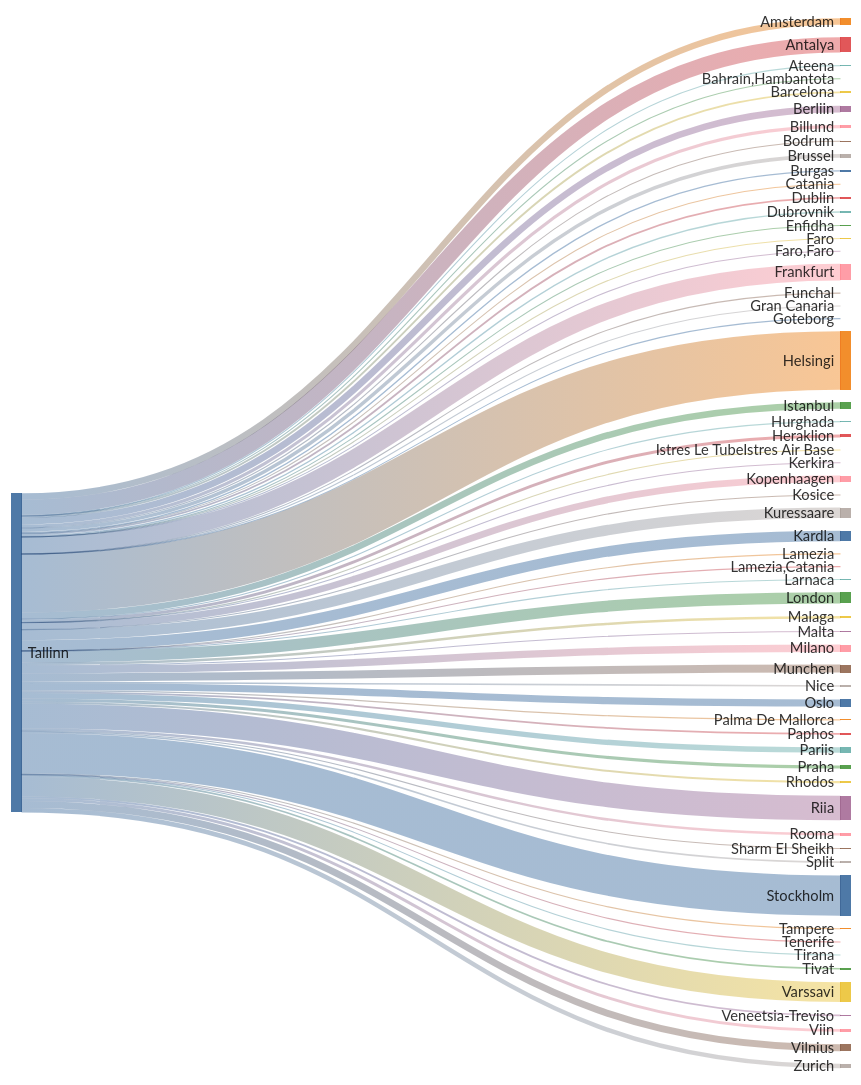
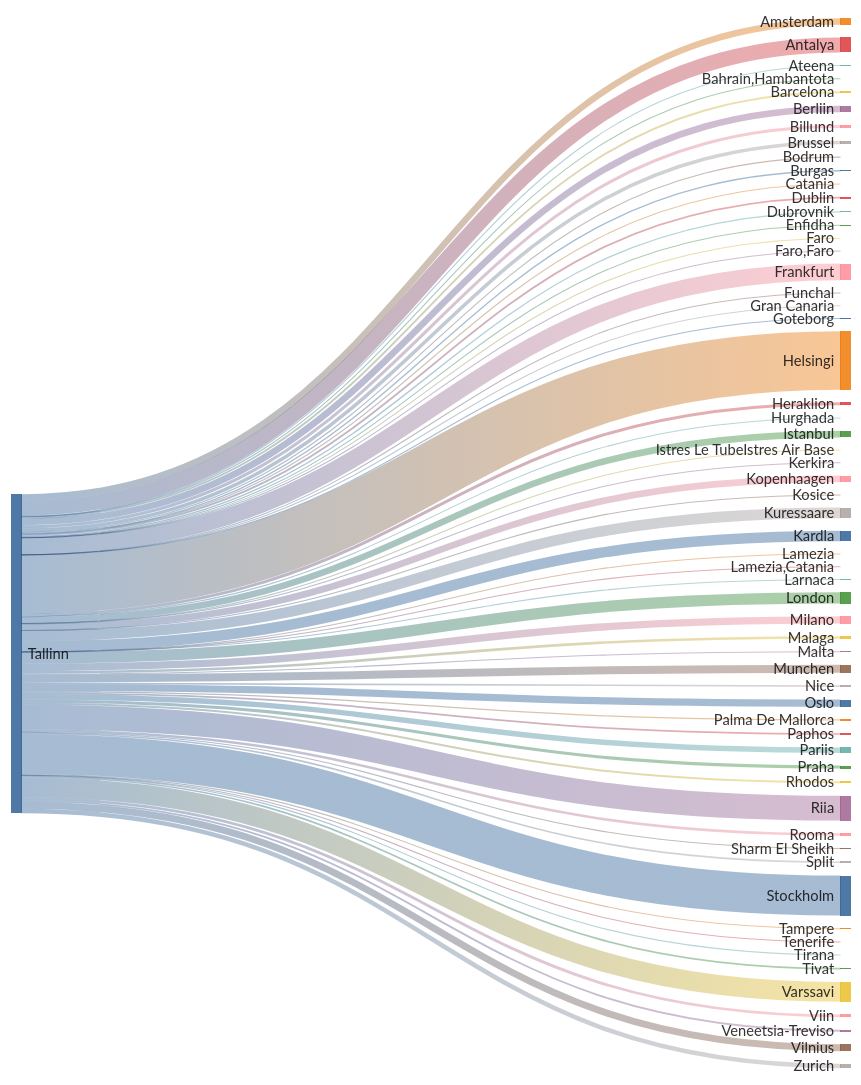
The second of 2 diagrams in README.md (rainermesi/tll-airport-departures), drawn with Mermaid before and after one commit. The commit also changed other lines of this file, not shown here.

````diff
--- a/README.md
+++ b/README.md
@@ -34,72 +34,72 @@
 ```mermaid
 ---
 config:
   sankey:
     showValues: false
     width: 800
     height: 1000
 ---
 sankey-beta
 %% source,target,value
-Tallinn,Amsterdam,100
+Tallinn,Amsterdam,102
 Tallinn,Antalya,237
 Tallinn,Ateena,16
 Tallinn,"Bahrain,Hambantota",1
 Tallinn,Barcelona,29
 Tallinn,Berliin,104
 Tallinn,Billund,49
 Tallinn,Bodrum,11
-Tallinn,Brussel,55
+Tallinn,Brussel,56
 Tallinn,Burgas,21
 Tallinn,Catania,2
 Tallinn,Dublin,28
 Tallinn,Dubrovnik,21
 Tallinn,Enfidha,7
 Tallinn,Faro,4
 Tallinn,"Faro,Faro",1
-Tallinn,Frankfurt,260
+Tallinn,Frankfurt,263
 Tallinn,Funchal,3
 Tallinn,Gran Canaria,3
 Tallinn,Goteborg,1
-Tallinn,Helsingi,914
+Tallinn,Helsingi,923
 Tallinn,Heraklion,46
 Tallinn,Hurghada,7
-Tallinn,Istanbul,102
+Tallinn,Istanbul,103
 Tallinn,Istres Le TubeIstres Air Base,2
 Tallinn,Kerkira,4
-Tallinn,Kopenhaagen,105
+Tallinn,Kopenhaagen,106
 Tallinn,Kosice,1
-Tallinn,Kuressaare,165
-Tallinn,Kardla,165
+Tallinn,Kuressaare,167
+Tallinn,Kardla,167
 Tallinn,Lamezia,1
 Tallinn,"Lamezia,Catania",3
 Tallinn,Larnaca,4
-Tallinn,London,176
-Tallinn,Malaga,39
+Tallinn,London,178
+Tallinn,Malaga,40
 Tallinn,Malta,14
-Tallinn,Milano,116
+Tallinn,Milano,117
 Tallinn,Munchen,125
 Tallinn,Nice,25
-Tallinn,Oslo,113
+Tallinn,Oslo,114
 Tallinn,Palma De Mallorca,19
 Tallinn,Paphos,27
-Tallinn,Pariis,85
+Tallinn,Pariis,86
 Tallinn,Praha,49
 Tallinn,Rhodos,32
-Tallinn,Riia,385
+Tallinn,Riia,389
 Tallinn,Rooma,40
 Tallinn,Sharm El Sheikh,9
 Tallinn,Split,25
-Tallinn,Stockholm,628
+Tallinn,Stockholm,630
 Tallinn,Tampere,17
 Tallinn,Tenerife,4
 Tallinn,Tirana,8
 Tallinn,Tivat,26
-Tallinn,Varssavi,309
+Tallinn,Varssavi,311
 Tallinn,Veneetsia-Treviso,28
 Tallinn,Viin,45
-Tallinn,Vilnius,107
-Tallinn,Zurich,71
+Tallinn,Vilnius,109
+Tallinn,Zurich,72
 
 
 ```
````
